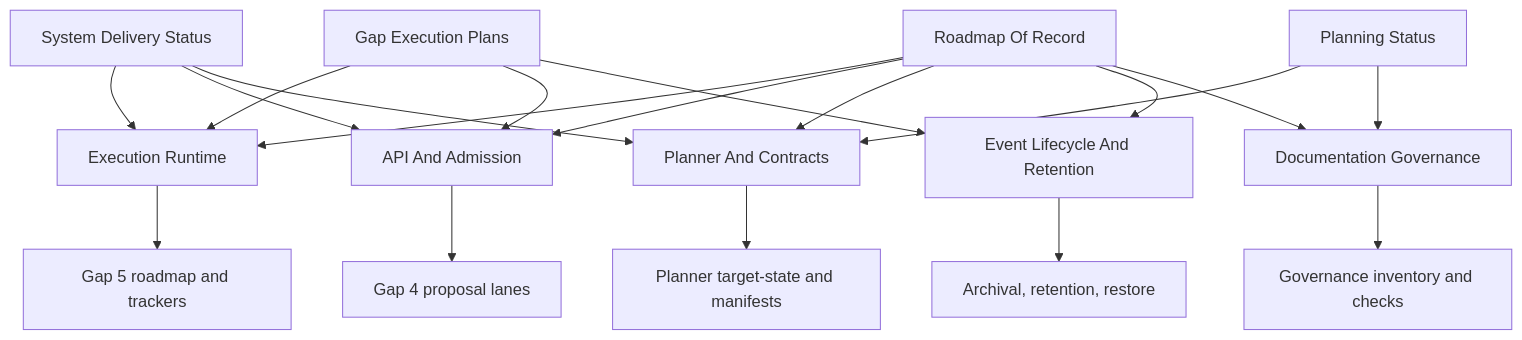
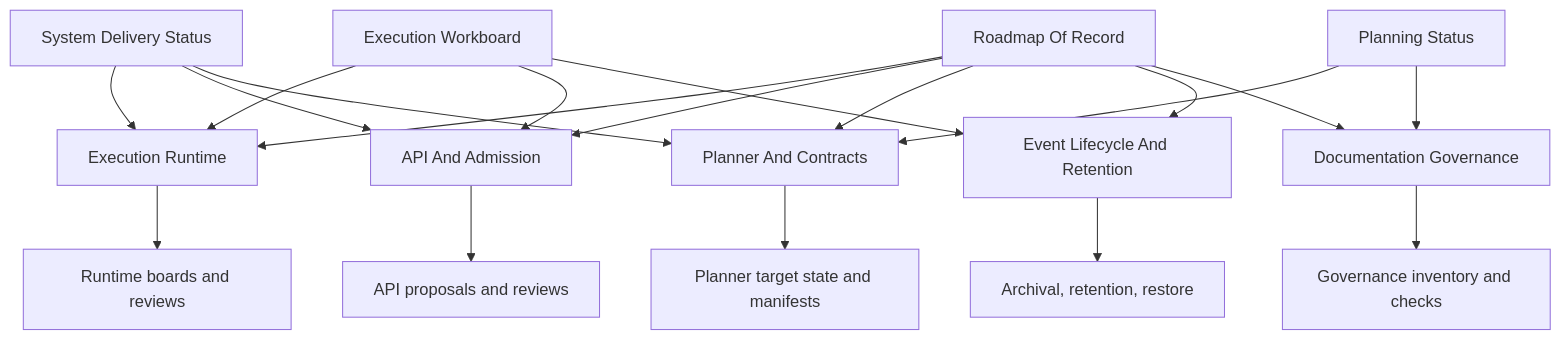
The diagram in docs/planning/roadmap/diagrams/planning-domain-map.md (dunay2/dvt), drawn with Mermaid before and after one commit. The commit also changed other lines of this file and 63 other files, not shown here.

Commit message:
docs(docs): Reconcile architecture docs and frontend convergence planning

````diff
--- a/docs/planning/roadmap/diagrams/planning-domain-map.md
+++ b/docs/planning/roadmap/diagrams/planning-domain-map.md
@@ -14,28 +14,28 @@
 ```mermaid
 flowchart TB
   RR[Roadmap Of Record]
   SD[System Delivery Status]
-  GE[Gap Execution Plans]
+  WB[Execution Workboard]
   PS[Planning Status]
 
   RR --> EX[Execution Runtime]
   RR --> API[API And Admission]
   RR --> PLC[Planner And Contracts]
   RR --> EVT[Event Lifecycle And Retention]
   RR --> DOC[Documentation Governance]
 
   SD --> EX
   SD --> API
   SD --> PLC
-  GE --> EX
-  GE --> API
-  GE --> EVT
+  WB --> EX
+  WB --> API
+  WB --> EVT
   PS --> PLC
   PS --> DOC
 
-  EX --> EXR[Gap 5 roadmap and trackers]
-  API --> APR[Gap 4 proposal lanes]
-  PLC --> PLR[Planner target-state and manifests]
+  EX --> EXR[Runtime boards and reviews]
+  API --> APR[API proposals and reviews]
+  PLC --> PLR[Planner target state and manifests]
   EVT --> EVR[Archival, retention, restore]
   DOC --> DOR[Governance inventory and checks]
 ```
````
